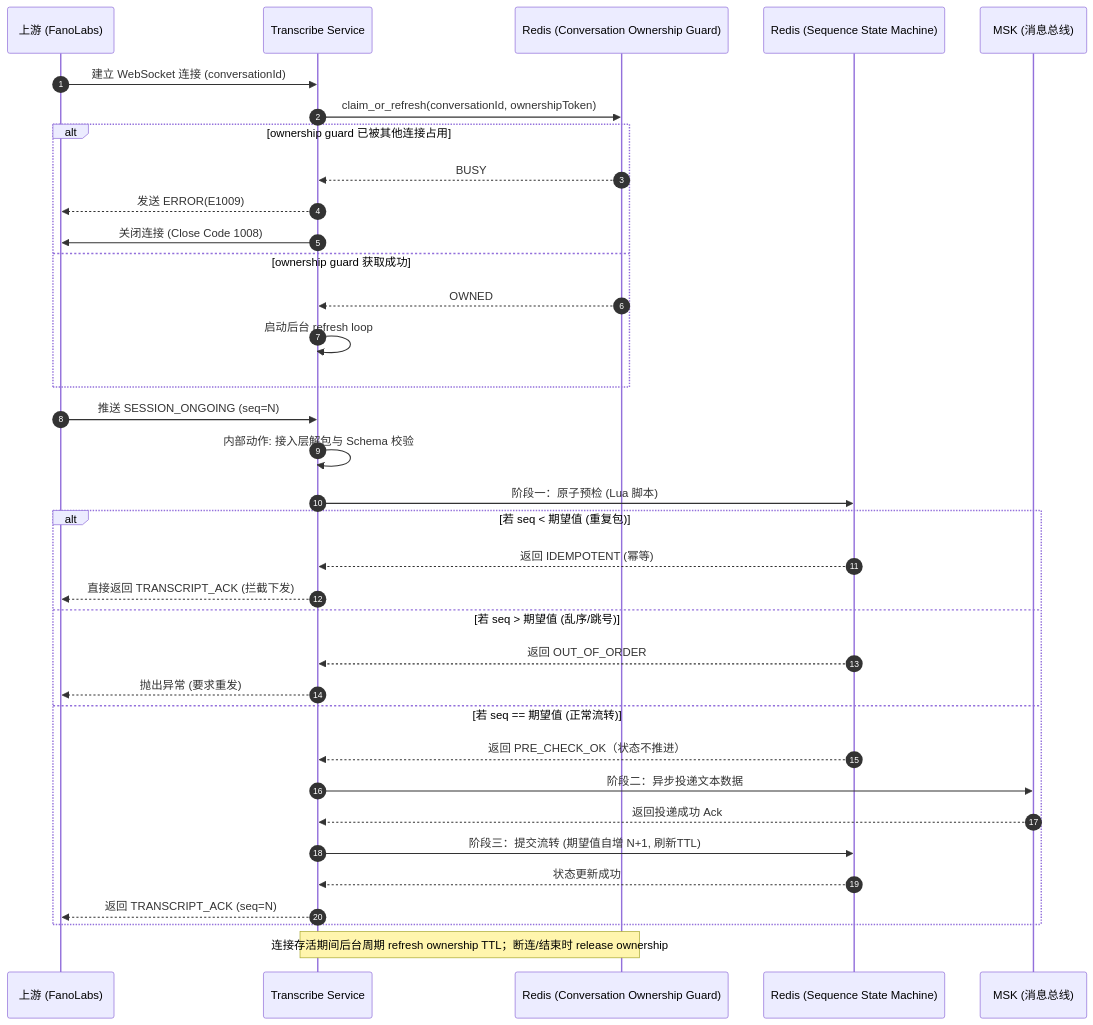
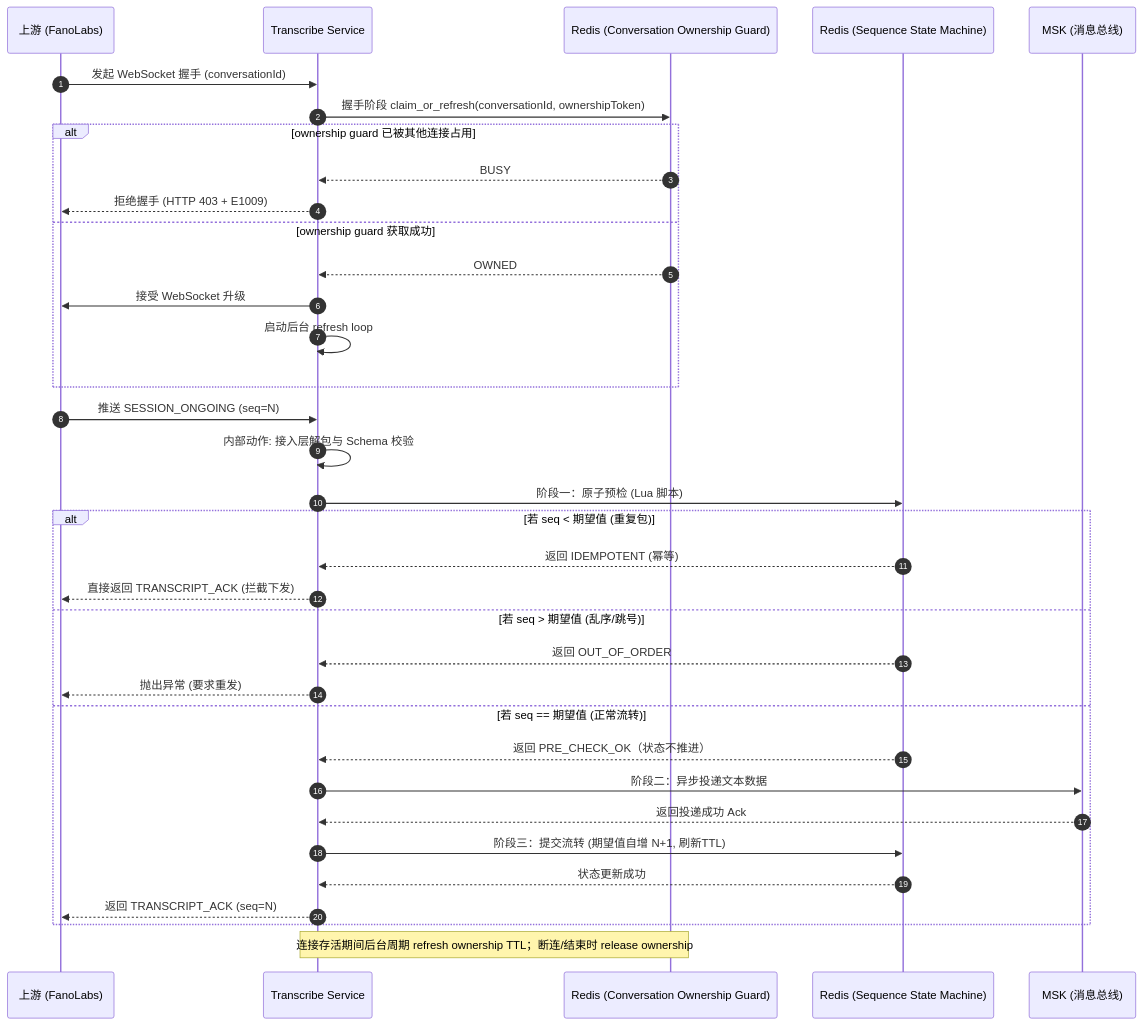
Before and after one commit to xiaodouya001/transcribe_service: the third of 6 diagrams in design/application-design_zh.md, drawn with Mermaid. The commit also changed other lines of this file and 12 other files, not shown here.

````diff
--- a/design/application-design_zh.md
+++ b/design/application-design_zh.md
@@ -114,44 +119,44 @@
 ```mermaid
 sequenceDiagram
     autonumber
     participant Vendor as 上游 (FanoLabs)
     participant Trans as Transcribe Service
     participant RedisOwnership as Redis (Conversation Ownership Guard)
     participant RedisState as Redis (Sequence State Machine)
     participant Kafka as MSK (消息总线)
 
-    Vendor->>Trans: 建立 WebSocket 连接 (conversationId)
-    Trans->>RedisOwnership: claim_or_refresh(conversationId, ownershipToken)
+    Vendor->>Trans: 发起 WebSocket 握手 (conversationId)
+    Trans->>RedisOwnership: 握手阶段 claim_or_refresh(conversationId, ownershipToken)
     alt ownership guard 已被其他连接占用
         RedisOwnership-->>Trans: BUSY
-        Trans-->>Vendor: 发送 ERROR(E1009)
-        Trans->>Vendor: 关闭连接 (Close Code 1008)
+        Trans-->>Vendor: 拒绝握手 (HTTP 403 + E1009)
     else ownership guard 获取成功
         RedisOwnership-->>Trans: OWNED
+        Trans->>Vendor: 接受 WebSocket 升级
         Trans->>Trans: 启动后台 refresh loop
     end
 
     Vendor->>Trans: 推送 SESSION_ONGOING (seq=N)
     Trans->>Trans: 内部动作: 接入层解包与 Schema 校验
     Trans->>RedisState: 阶段一：原子预检 (Lua 脚本)
     
     alt 若 seq < 期望值 (重复包)
         RedisState-->>Trans: 返回 IDEMPOTENT (幂等)
         Trans-->>Vendor: 直接返回 TRANSCRIPT_ACK (拦截下发)
     else 若 seq > 期望值 (乱序/跳号)
         RedisState-->>Trans: 返回 OUT_OF_ORDER
         Trans-->>Vendor: 抛出异常 (要求重发)
     else 若 seq == 期望值 (正常流转)
         RedisState-->>Trans: 返回 PRE_CHECK_OK（状态不推进）
         
         Trans->>Kafka: 阶段二：异步投递文本数据
         Kafka-->>Trans: 返回投递成功 Ack
         
         Trans->>RedisState: 阶段三：提交流转 (期望值自增 N+1, 刷新TTL)
         RedisState-->>Trans: 状态更新成功
         
         Trans-->>Vendor: 返回 TRANSCRIPT_ACK (seq=N)
     end
 
     Note over Trans,RedisOwnership: 连接存活期间后台周期 refresh ownership TTL；断连/结束时 release ownership
 ```
````
